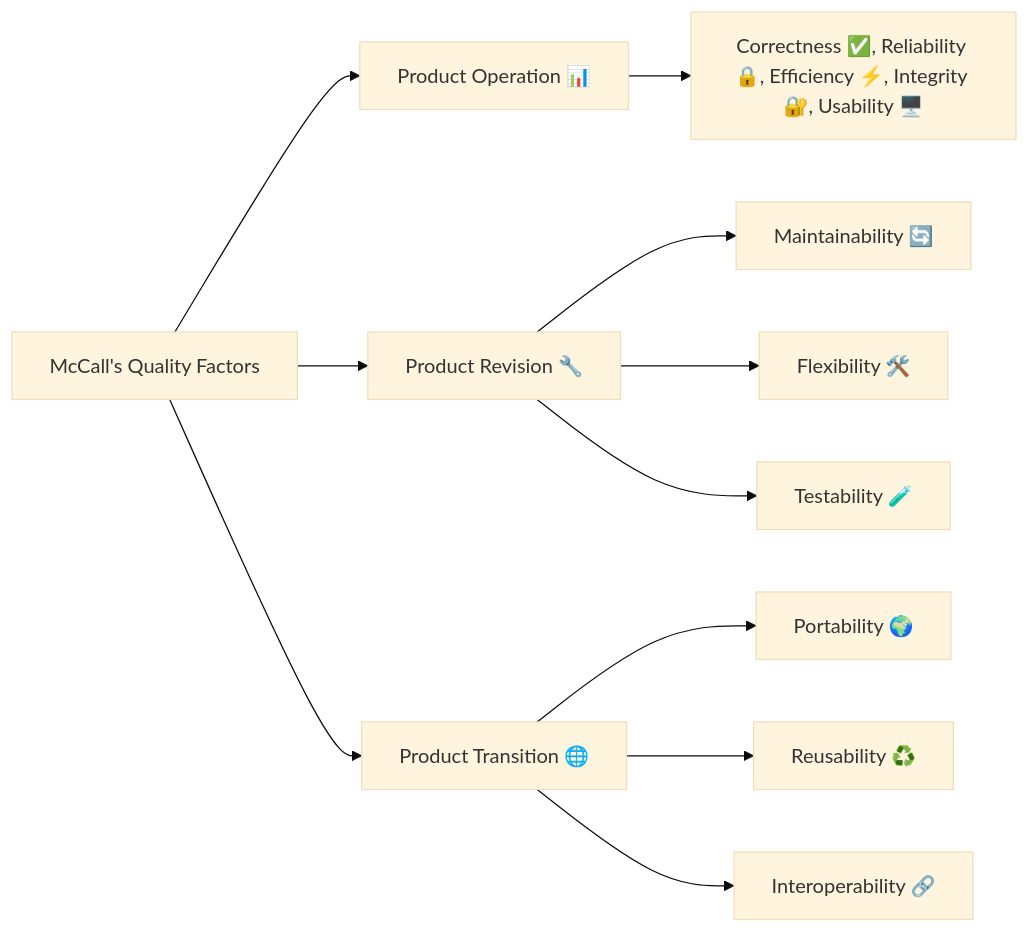
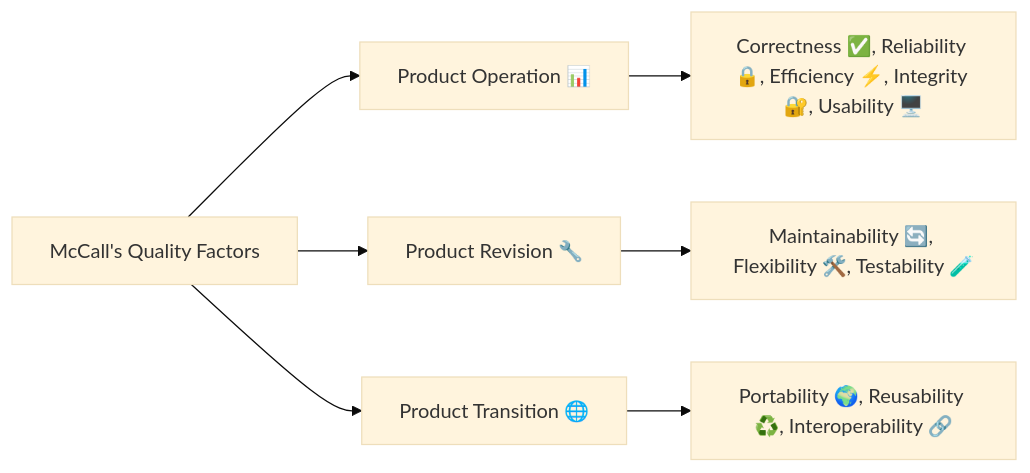
One commit to msdbok/sqrbok changed the diagram in _definition/3. Quality models.md. Above: the diagram before and after it, drawn with Mermaid (base theme).

````diff
--- a/_definition/3. Quality models.md
+++ b/_definition/3. Quality models.md
@@ -31,17 +31,11 @@
 ```mermaid
 flowchart LR
   A[McCall's Quality Factors]
   A --> B[Product Operation 📊]
   A --> C[Product Revision 🔧]
   A --> D[Product Transition 🌐]
 
   B --> B1[Correctness ✅, Reliability 🔒, Efficiency ⚡, Integrity 🔐, Usability 🖥️]
-
-  C --> C1[Maintainability 🔄]
-  C --> C2[Flexibility 🛠️]
-  C --> C3[Testability 🧪]
-
-  D --> D1[Portability 🌍]
-  D --> D2[Reusability ♻️]
-  D --> D3[Interoperability 🔗]
+  C --> C1[Maintainability 🔄, Flexibility 🛠️, Testability 🧪]
+  D --> D1[Portability 🌍, Reusability ♻️, Interoperability 🔗]
 ```
````
